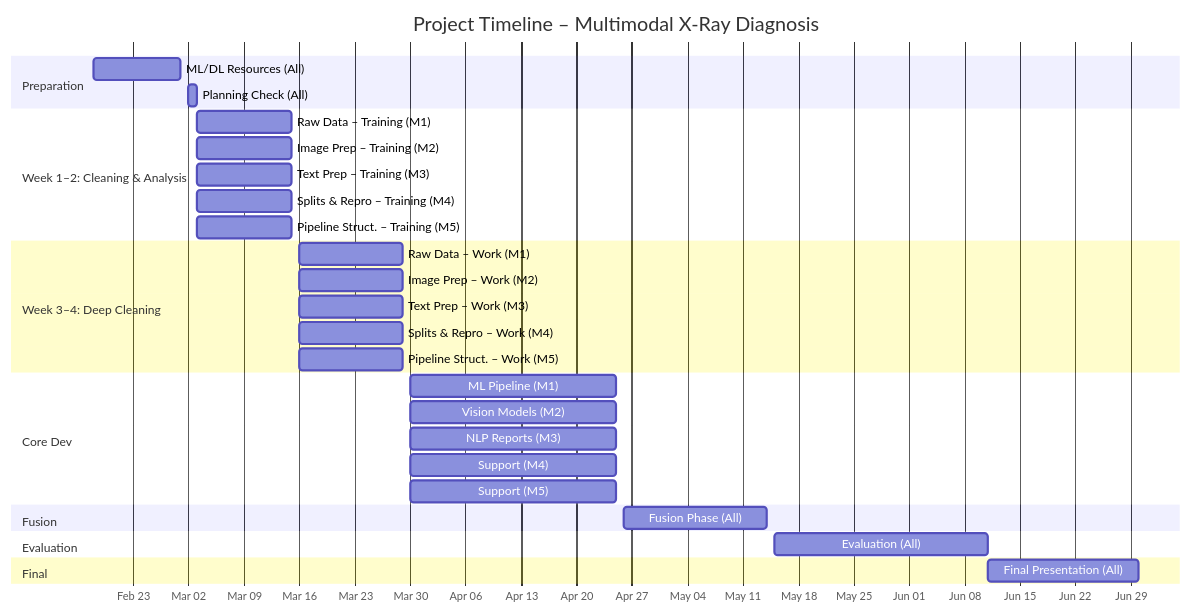
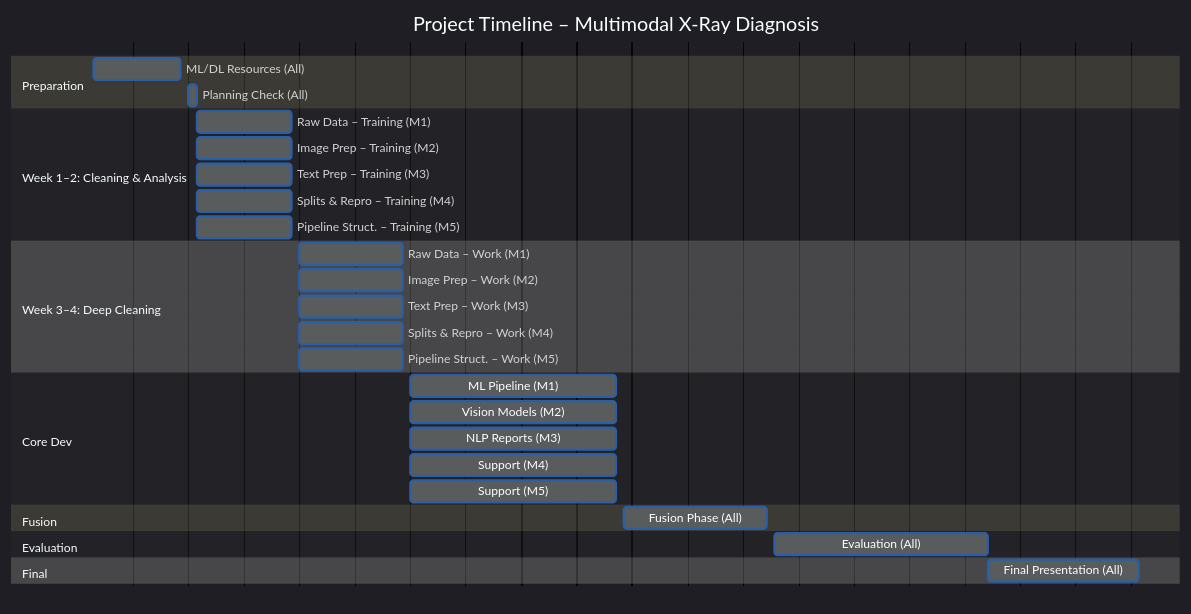
Before and after one commit to chaotiquetaurus/Open-i_chestxray_multimodal: the diagram in Diagramme_planning.md, drawn with Mermaid. The commit also changed other lines of this file, not shown here.

````diff
--- a/Diagramme_planning.md
+++ b/Diagramme_planning.md
@@ -1,40 +1,52 @@
 ```mermaid
+%%{init: { 
+    "theme": "dark",
+    "themeVariables": { 
+        "fontSize": "9px",
+        "fontFamily": "Inter",
+        "textColor": "#222",
+        "taskTextColor": "#ffffff",
+        "taskColor": "#3a7bd5",
+        "taskBorderColor": "#2a5fa8"
+    }
+}}%%
+
 gantt
     title Project Timeline – Multimodal X‑Ray Diagnosis
     dateFormat  YYYY-MM-DD
     axisFormat  %b %d
 
     section Preparation
     ML/DL Resources (All)            :a1, 2025-02-18, 2025-03-01
     Planning Check (All)             :a2, 2025-03-02, 1d
 
     section Week 1–2: Cleaning & Analysis
     Raw Data – Training (M1)         :m1a, 2025-03-03, 2025-03-15
     Image Prep – Training (M2)       :m2a, 2025-03-03, 2025-03-15
     Text Prep – Training (M3)        :m3a, 2025-03-03, 2025-03-15
     Splits & Repro – Training (M4)   :m4a, 2025-03-03, 2025-03-15
     Pipeline Struct. – Training (M5) :m5a, 2025-03-03, 2025-03-15
 
     section Week 3–4: Deep Cleaning
     Raw Data – Work (M1)             :m1b, 2025-03-16, 2025-03-29
     Image Prep – Work (M2)           :m2b, 2025-03-16, 2025-03-29
     Text Prep – Work (M3)            :m3b, 2025-03-16, 2025-03-29
     Splits & Repro – Work (M4)       :m4b, 2025-03-16, 2025-03-29
     Pipeline Struct. – Work (M5)     :m5b, 2025-03-16, 2025-03-29
 
     section Core Dev
     ML Pipeline (M1)                 :m1c, 2025-03-30, 2025-04-25
     Vision Models (M2)               :m2c, 2025-03-30, 2025-04-25
     NLP Reports (M3)                 :m3c, 2025-03-30, 2025-04-25
     Support (M4)                     :m4c, 2025-03-30, 2025-04-25
     Support (M5)                     :m5c, 2025-03-30, 2025-04-25
 
     section Fusion
     Fusion Phase (All)               :fusion, 2025-04-26, 2025-05-14
 
     section Evaluation
     Evaluation (All)                 :eval, 2025-05-15, 2025-06-11
 
     section Final
     Final Presentation (All)         :present, 2025-06-11, 2025-06-30
 ```
````
